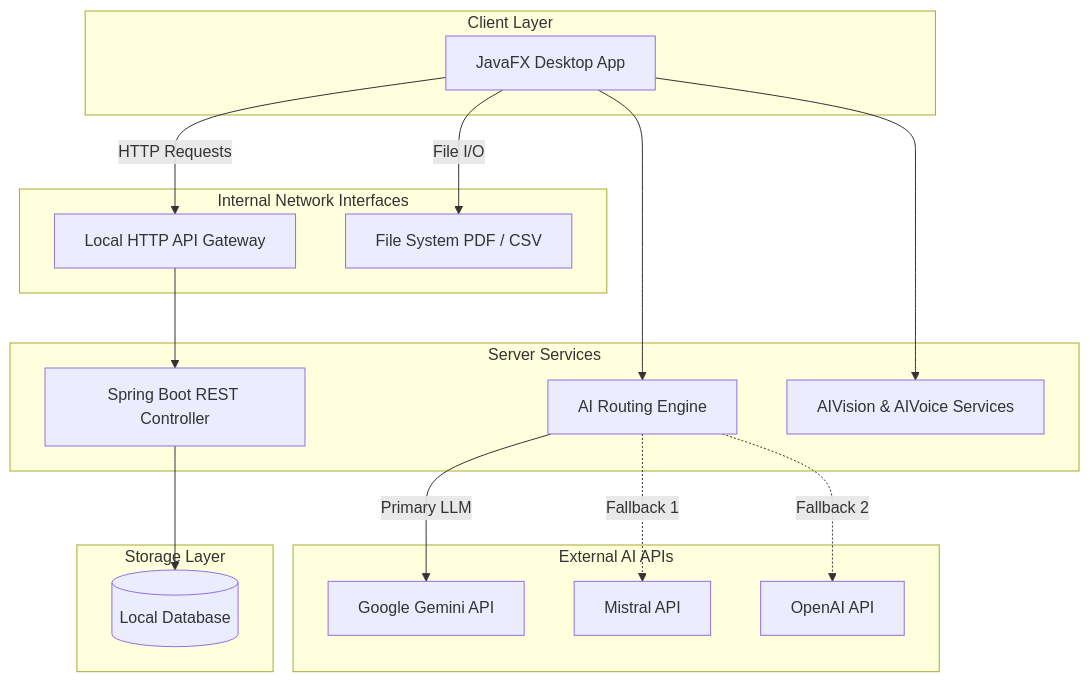
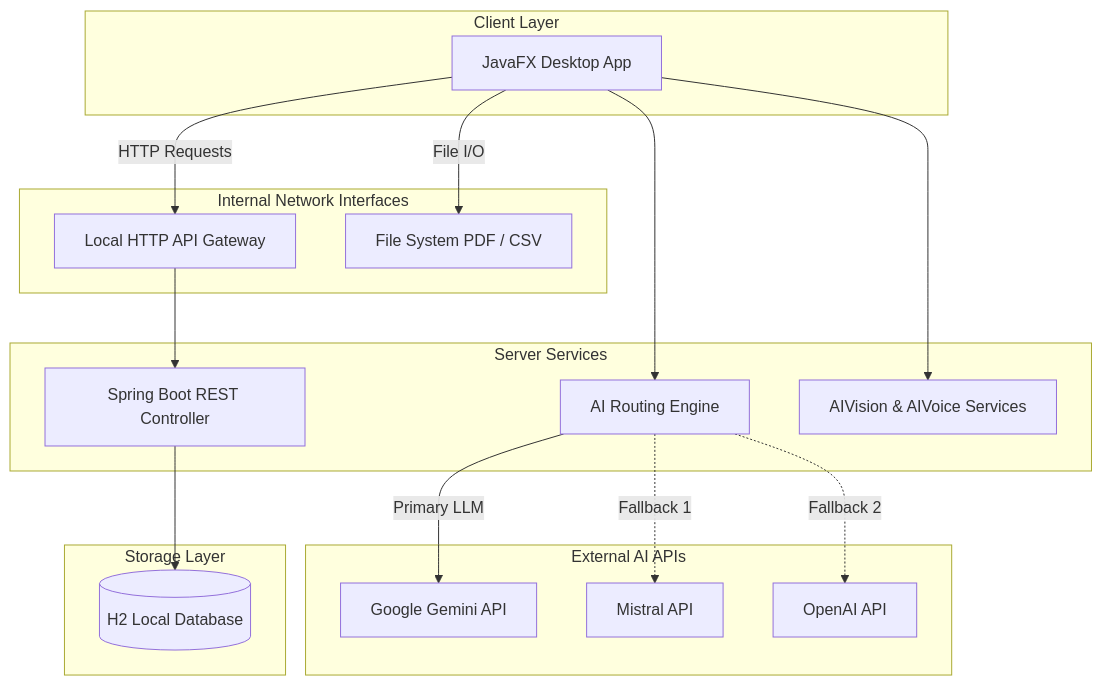
The first of 2 diagrams in README.md (yuvanvishnupandi/Finance_Tracker_APP), drawn with Mermaid before and after one commit. The commit also changed other lines of this file, not shown here.

````diff
--- a/README.md
+++ b/README.md
@@ -35,38 +121,38 @@
 ```mermaid
 graph TD
     subgraph Client Layer
         A[JavaFX Desktop App]
     end
 
     subgraph Internal Network Interfaces
         B[Local HTTP API Gateway]
         C[File System PDF / CSV]
     end
 
     subgraph Server Services
         D[Spring Boot REST Controller]
         E[AI Routing Engine]
         F[AIVision & AIVoice Services]
     end
 
     subgraph External AI APIs
         Gemini[Google Gemini API]
         Mistral[Mistral API]
         OpenAI[OpenAI API]
     end
 
     subgraph Storage Layer
-        G[(Local Database)]
+        G[(H2 Local Database)]
     end
 
     A -->|HTTP Requests| B
     A -->|File I/O| C
     B --> D
     A --> E
     A --> F
     D --> G
     
     E -->|Primary LLM| Gemini
     E -.->|Fallback 1| Mistral
     E -.->|Fallback 2| OpenAI
 ```
````
